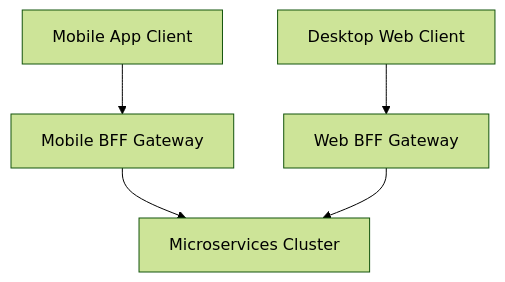
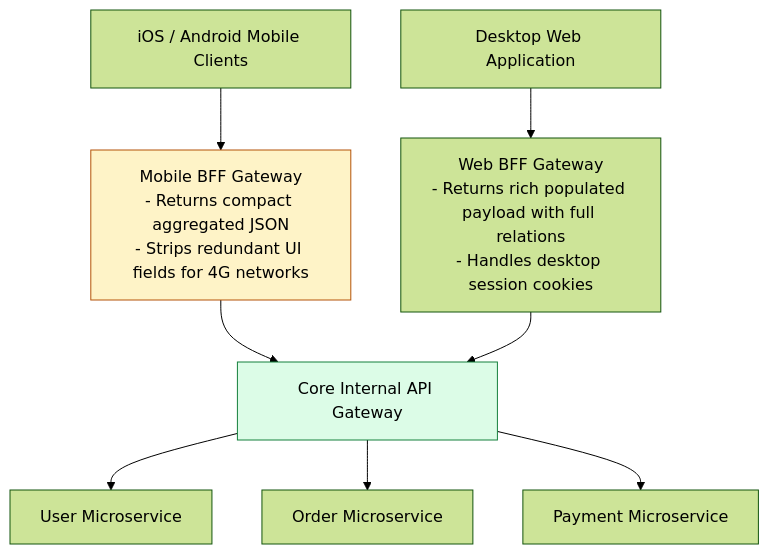
Before and after one commit to Amie-dev/engineering-playbook: the third of 3 diagrams in system-design-notes/04-serialization-and-api-patterns.md, drawn with Mermaid (forest theme). The commit also changed other lines of this file and 33 other files, not shown here.

````diff
--- a/system-design-notes/04-serialization-and-api-patterns.md
+++ b/system-design-notes/04-serialization-and-api-patterns.md
@@ -20,8 +55,15 @@
 ```mermaid
 flowchart TD
-    Mobile[Mobile App Client] --> MobileBFF[Mobile BFF Gateway]
-    Web[Desktop Web Client] --> WebBFF[Web BFF Gateway]
+    ClientMobile[iOS / Android Mobile Clients] --> MobileBFF["Mobile BFF Gateway<br/>- Returns compact aggregated JSON<br/>- Strips redundant UI fields for 4G networks"]
+    ClientWeb[Desktop Web Application] --> WebBFF["Web BFF Gateway<br/>- Returns rich populated payload with full relations<br/>- Handles desktop session cookies"]
 
-    MobileBFF --> Services[Microservices Cluster]
-    WebBFF --> Services
+    MobileBFF --> APIGateway[Core Internal API Gateway]
+    WebBFF --> APIGateway
+
+    APIGateway --> S1[User Microservice]
+    APIGateway --> S2[Order Microservice]
+    APIGateway --> S3[Payment Microservice]
+
+    style MobileBFF fill:#fef3c7,stroke:#b45309
+    style APIGateway fill:#dcfce7,stroke:#15803d
 ```
````
